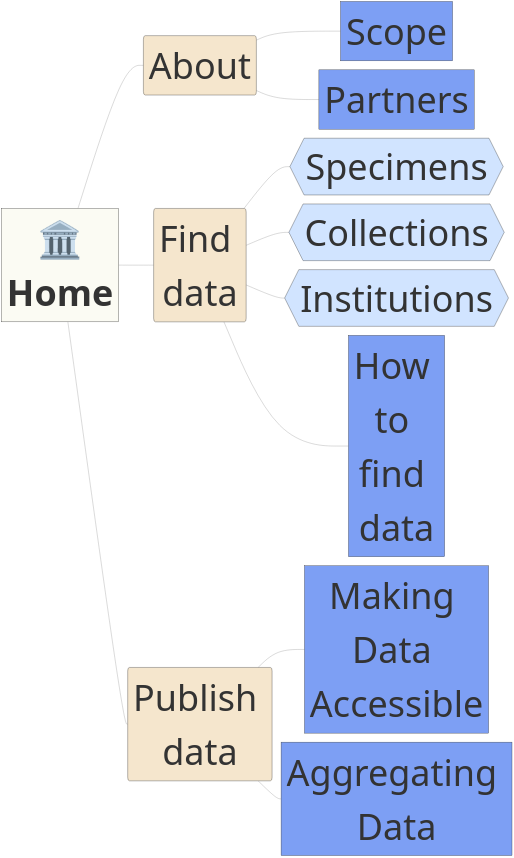
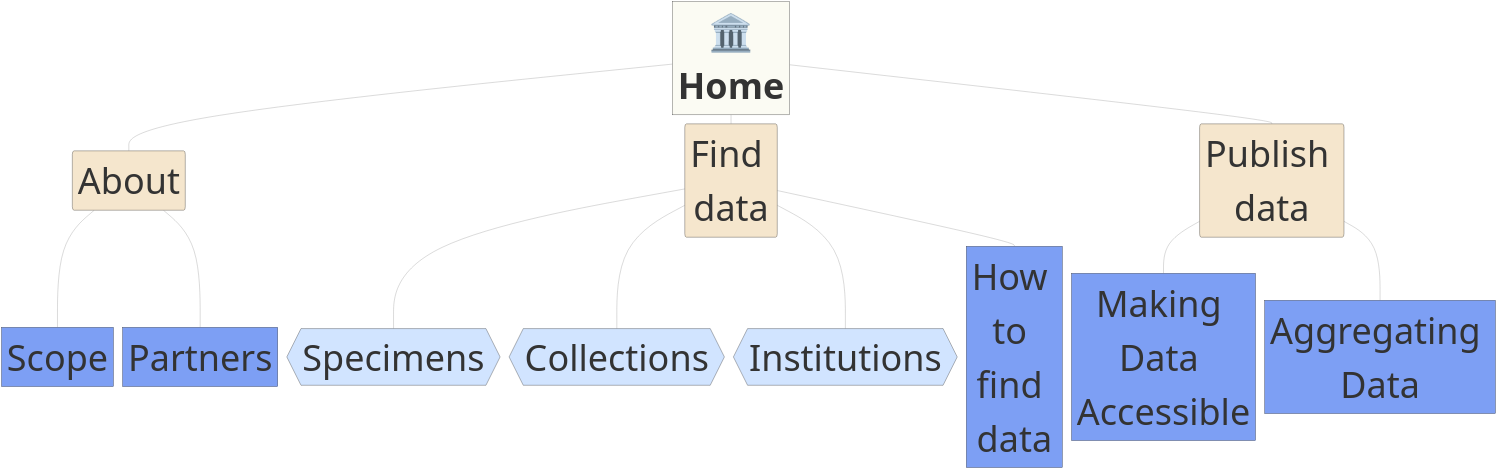
Before and after one commit to gbif/hp-swissnatcoll: the diagram in en/home.md, drawn with Mermaid.

```diff
--- a/en/home.md
+++ b/en/home.md
@@ -61,40 +61,40 @@
 <div class="mermaid">
-graph LR;
+graph TD;
     Home["🏛️Home"] --- About;
     Home --- Find_data[Find data];
     Home --- Publish_data[Publish data];
 
     %% Decision Graph in Step 3
     About --- Scope;
     About --- Partners;
     Find_data --- Specimens{{Specimens}};
     Find_data --- Collections{{Collections}};
     Find_data --- Institutions{{Institutions}};
     Find_data --- How_find_data[How to find data];
     Publish_data --- Accessible[Making Data Accessible];
     Publish_data --- Aggregating[Aggregating Data];
     
 
     %% Define a "common style" for several blocks
     classDef homepage fill:#FBFBF3,stroke:#333,stroke-width:2px,font-weight:bold,font-size:200px;
     classDef navigation fill: #F5E6CD,stroke:#333,stroke-width:2px,rx:10px,ry:20px,font-size:200px;
     classDef content fill: #7D9FF4,stroke:#333,stroke-width:2px,font-size:200px;
     classDef data fill: #D1E4FF,stroke:#333,stroke-width:2px,font-size:200px;
 
     %% Apply le style à tous les blocs qui doivent avoir la même couleur
     class Home homepage;
     class About,Find_data,Publish_data navigation;
     class Scope,Partners,How_find_data,Accessible,Aggregating content;
     class Specimens,Collections,Institutions data;
     
     %% Define the hyperlink
     click Home "/"
     click Scope "/en/about-scope/"
     click Partners "/en/about-partners"
     click How_find_data "/en/how-to-find-data"
     click Accessible "/en/making-data-accessible/"
     click Aggregating "/en/aggregating-data/"
     click Specimens "/occurrence/search"
     click Collections "/collection/search"
     click Institutions "/institution/search"
 </div>
```
